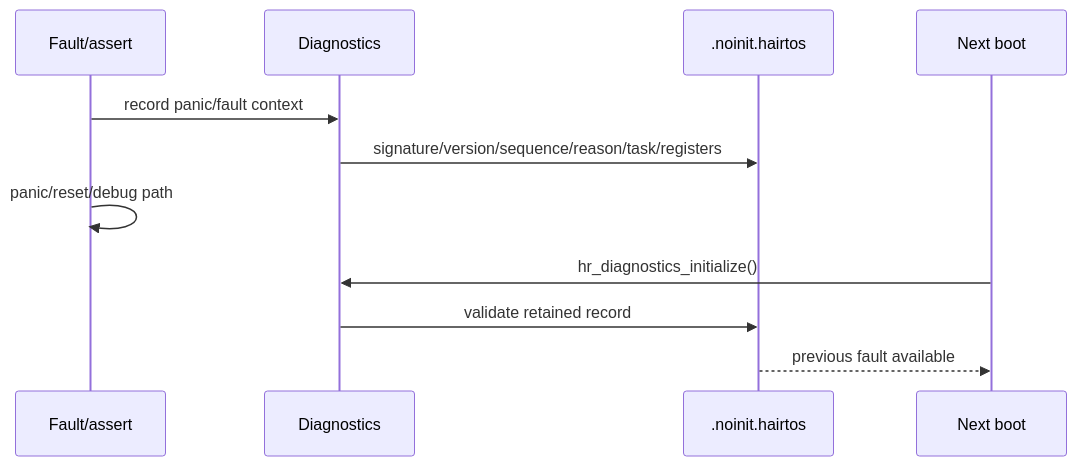
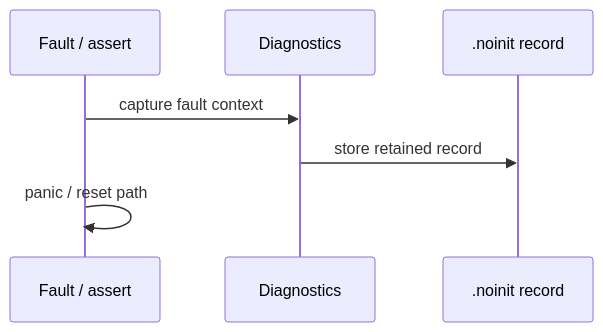
The first of 2 diagrams in docs/06-testing-and-quality/diagnostics.md (haikevins/hairtos), drawn with Mermaid before and after one commit. The commit also changed other lines of this file and 82 other files, not shown here.

````diff
--- a/docs/06-testing-and-quality/diagnostics.md
+++ b/docs/06-testing-and-quality/diagnostics.md
@@ -13,13 +15,9 @@
 ```mermaid
 sequenceDiagram
-    participant F as Fault/assert
+    participant F as Fault / assert
     participant D as Diagnostics
-    participant N as .noinit.hairtos
-    participant B as Next boot
-    F->>D: record panic/fault context
-    D->>N: signature/version/sequence/reason/task/registers
-    F->>F: panic/reset/debug path
-    B->>D: hr_diagnostics_initialize()
-    D->>N: validate retained record
-    N-->>B: previous fault available
+    participant N as .noinit record
+    F->>D: capture fault context
+    D->>N: store retained record
+    F->>F: panic / reset path
 ```
````
